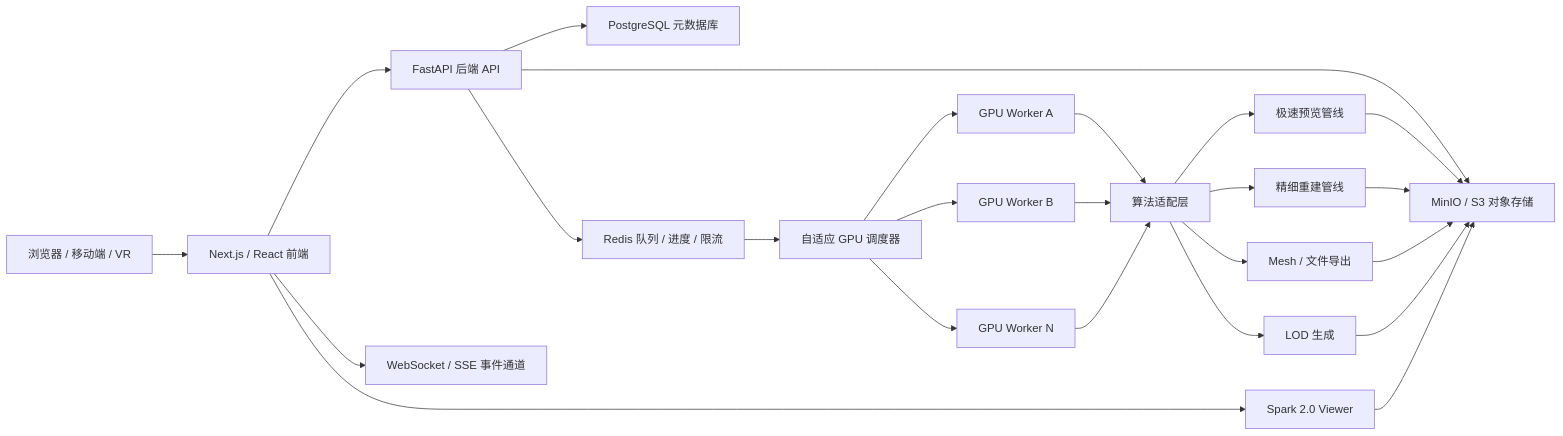
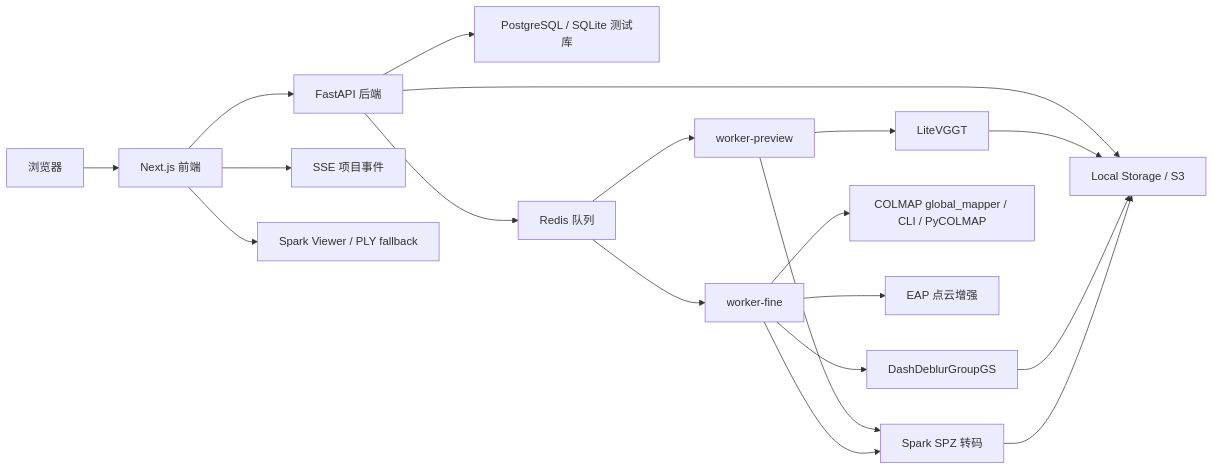
One commit to Braveliu66/3dgsbi changed the diagram in doc/02-architecture.md. Above: the diagram before and after it, drawn with Mermaid. The commit also changed other lines of this file and 27 other files, not shown here.

````diff
--- a/doc/02-architecture.md
+++ b/doc/02-architecture.md
@@ -7,31 +7,25 @@
 ```mermaid
 flowchart LR
-    Browser["浏览器 / 移动端 / VR"] --> Frontend["Next.js / React 前端"]
-    Frontend --> API["FastAPI 后端 API"]
-    Frontend --> Events["WebSocket / SSE 事件通道"]
-    Frontend --> Viewer["Spark 2.0 Viewer"]
+    Browser["浏览器"] --> Frontend["Next.js 前端"]
+    Frontend --> API["FastAPI 后端"]
+    Frontend --> Events["SSE 项目事件"]
+    Frontend --> Viewer["Spark Viewer / PLY fallback"]
 
-    API --> Postgres["PostgreSQL 元数据库"]
-    API --> Redis["Redis 队列 / 进度 / 限流"]
-    API --> ObjectStore["MinIO / S3 对象存储"]
+    API --> DB["PostgreSQL / SQLite 测试库"]
+    API --> Redis["Redis 队列"]
+    API --> Storage["Local Storage / S3"]
 
-    Redis --> Scheduler["自适应 GPU 调度器"]
-    Scheduler --> WorkerA["GPU Worker A"]
-    Scheduler --> WorkerB["GPU Worker B"]
-    Scheduler --> WorkerN["GPU Worker N"]
+    Redis --> PreviewWorker["worker-preview"]
+    Redis --> FineWorker["worker-fine"]
 
-    WorkerA --> Adapter["算法适配层"]
-    WorkerB --> Adapter
-    WorkerN --> Adapter
+    PreviewWorker --> LiteVGGT["LiteVGGT"]
+    PreviewWorker --> Spark["Spark SPZ 转码"]
+    FineWorker --> COLMAP["COLMAP global_mapper / CLI / PyCOLMAP"]
+    FineWorker --> EAP["EAP 点云增强"]
+    FineWorker --> Trainer["DashDeblurGroupGS"]
+    FineWorker --> Spark
 
-    Adapter --> Preview["极速预览管线"]
-    Adapter --> Fine["精细重建管线"]
-    Adapter --> Export["Mesh / 文件导出"]
-    Adapter --> LOD["LOD 生成"]
-
-    Preview --> ObjectStore
-    Fine --> ObjectStore
-    Export --> ObjectStore
-    LOD --> ObjectStore
-    Viewer --> ObjectStore
+    LiteVGGT --> Storage
+    Trainer --> Storage
+    Spark --> Storage
 ```
````
